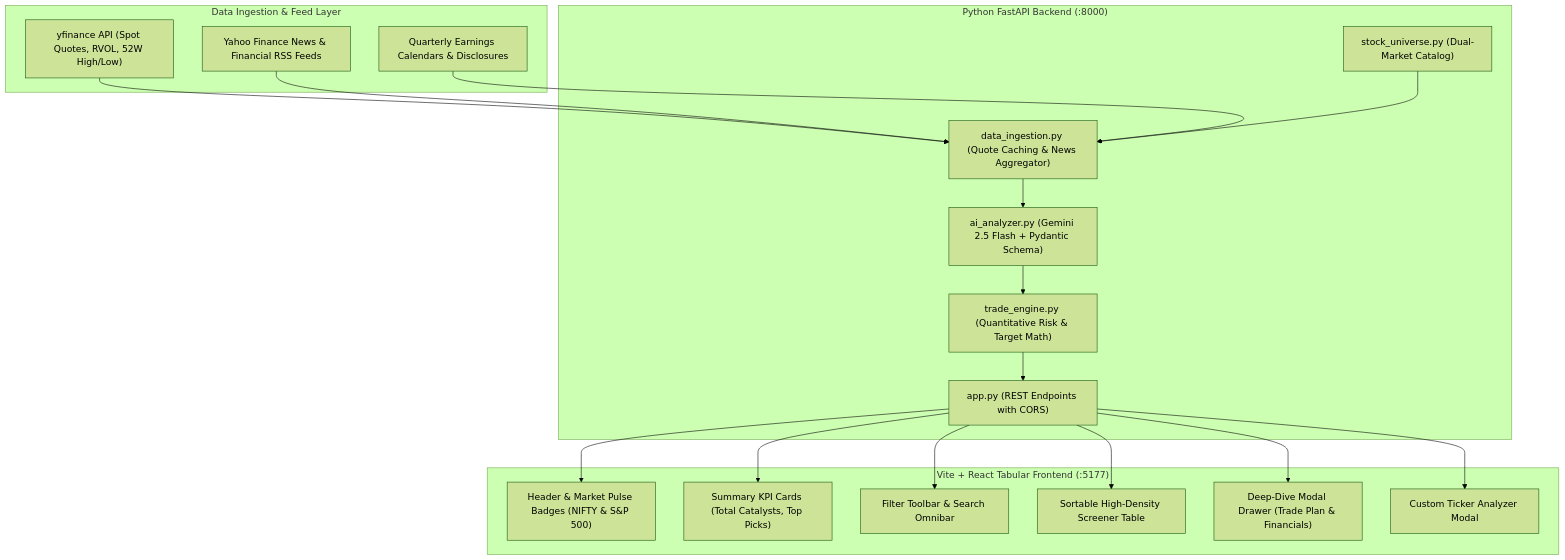
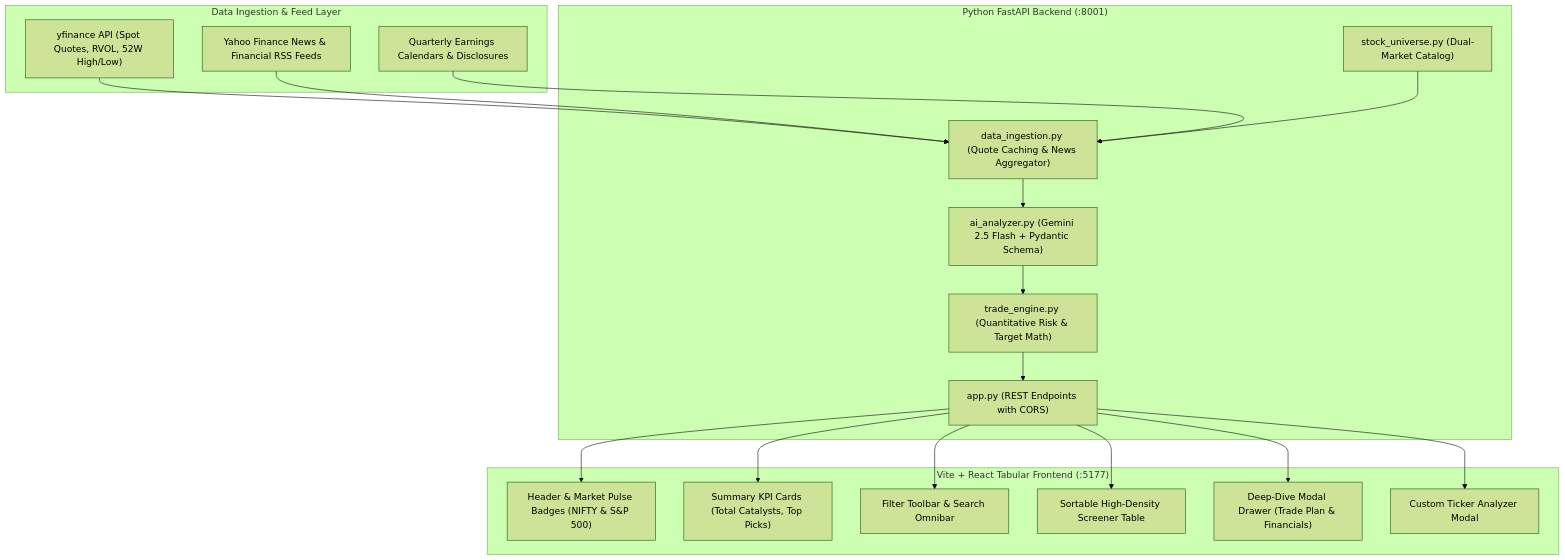
The diagram in Stock Catalyst Screener/README.md (amitgupta2005/AntiGravity), drawn with Mermaid (forest theme) before and after one commit. The commit also changed other lines of this file and 4 other files, not shown here.

Commit message:
config: update backend API port from 8000 to 8001

````diff
--- a/Stock Catalyst Screener/README.md
+++ b/Stock Catalyst Screener/README.md
@@ -50,39 +50,39 @@
 ```mermaid
 graph TD
     subgraph Data_Layer["Data Ingestion & Feed Layer"]
         D1["yfinance API (Spot Quotes, RVOL, 52W High/Low)"]
         D2["Yahoo Finance News & Financial RSS Feeds"]
         D3["Quarterly Earnings Calendars & Disclosures"]
     end
 
-    subgraph Backend_Layer["Python FastAPI Backend (:8000)"]
+    subgraph Backend_Layer["Python FastAPI Backend (:8001)"]
         B1["stock_universe.py (Dual-Market Catalog)"]
         B2["data_ingestion.py (Quote Caching & News Aggregator)"]
         B3["ai_analyzer.py (Gemini 2.5 Flash + Pydantic Schema)"]
         B4["trade_engine.py (Quantitative Risk & Target Math)"]
         B5["app.py (REST Endpoints with CORS)"]
     end
 
     subgraph Frontend_Layer["Vite + React Tabular Frontend (:5177)"]
         F1["Header & Market Pulse Badges (NIFTY & S&P 500)"]
         F2["Summary KPI Cards (Total Catalysts, Top Picks)"]
         F3["Filter Toolbar & Search Omnibar"]
         F4["Sortable High-Density Screener Table"]
         F5["Deep-Dive Modal Drawer (Trade Plan & Financials)"]
         F6["Custom Ticker Analyzer Modal"]
     end
 
     D1 --> B2
     D2 --> B2
     D3 --> B2
     B1 --> B2
     B2 --> B3
     B3 --> B4
     B4 --> B5
     B5 --> F1
     B5 --> F2
     B5 --> F3
     B5 --> F4
     B5 --> F5
     B5 --> F6
 ```
````
